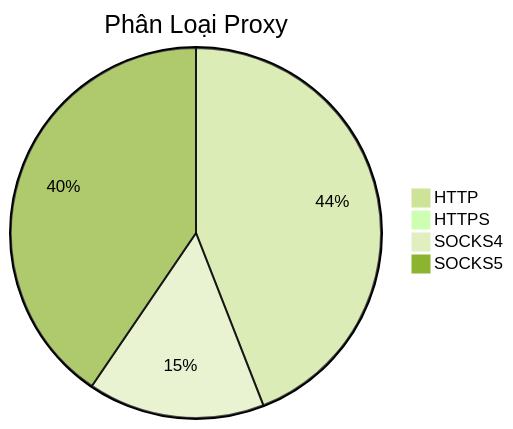
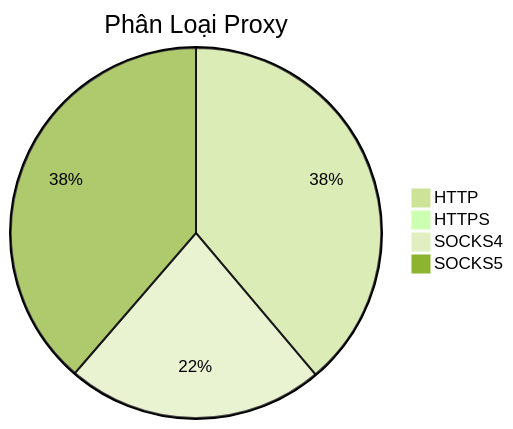
The diagram in README.md (Ciara-Aa/PROXY-free), drawn with Mermaid (forest theme) before and after one commit. The commit also changed other lines of this file and 4 other files, not shown here.

````diff
--- a/README.md
+++ b/README.md
@@ -26,7 +26,7 @@
 ```mermaid
 pie title Phân Loại Proxy
-    "HTTP" : 234
-    "HTTPS" : 4
-    "SOCKS4" : 82
-    "SOCKS5" : 215
+    "HTTP" : 214
+    "HTTPS" : 5
+    "SOCKS4" : 124
+    "SOCKS5" : 213
 ```
````
